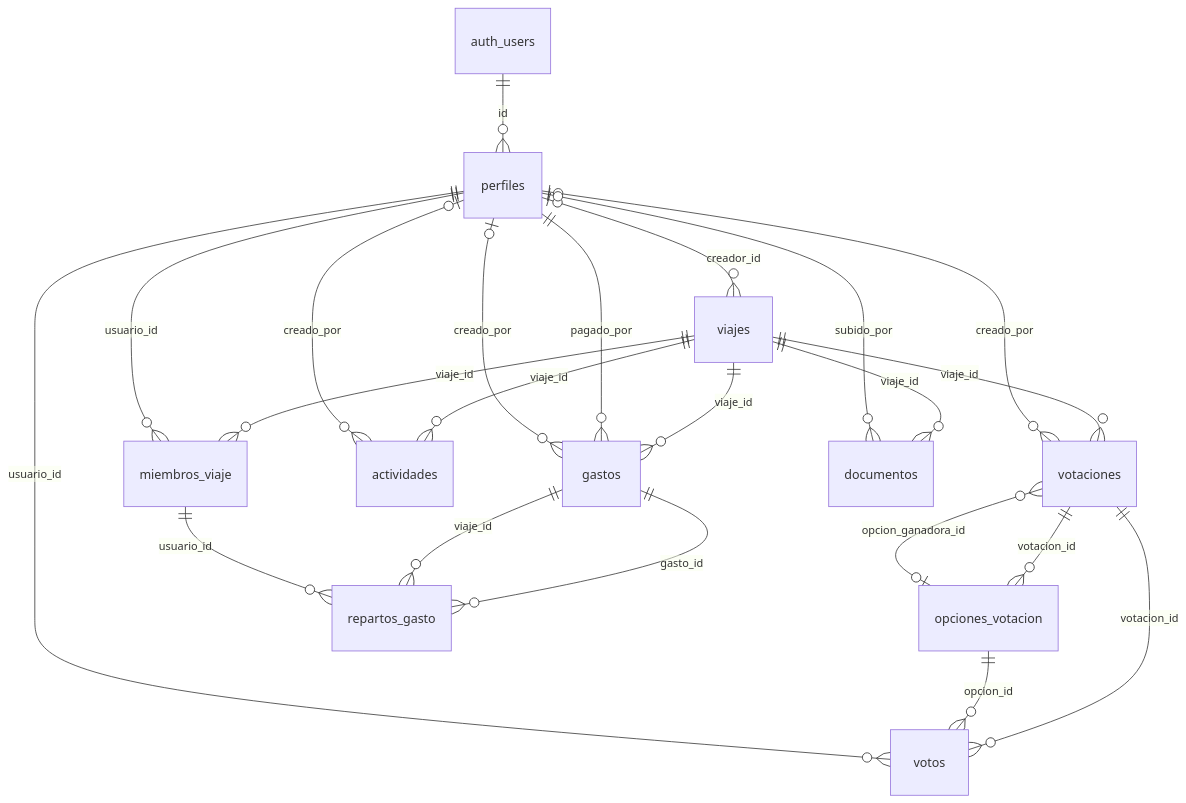
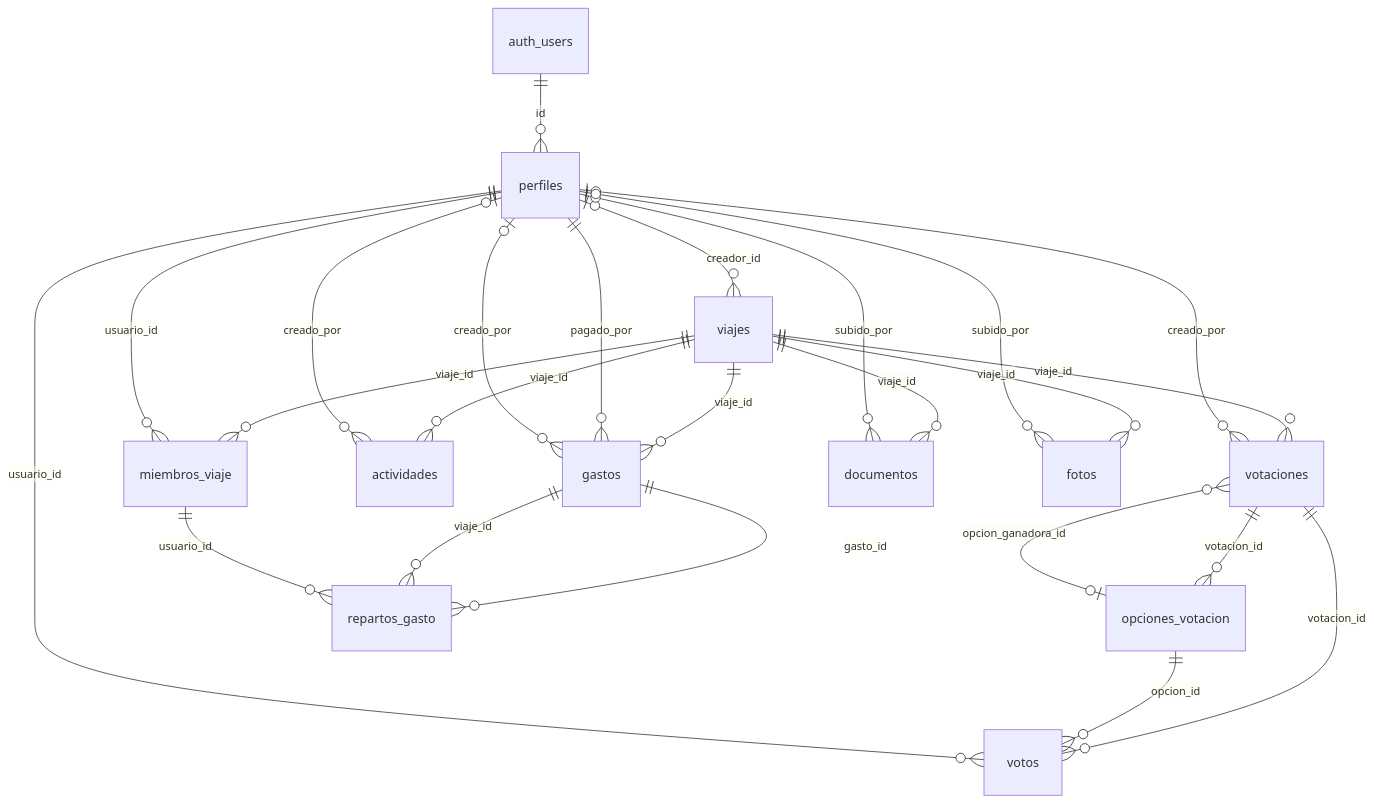
Before and after one commit to UNIZAR-30248-2026-TRAVELWRAP/Backend: the diagram in docs/BASE_DE_DATOS.md, drawn with Mermaid. The commit also changed other lines of this file and 8 other files, not shown here.

Commit message:
PB-42.1.2: bucket privado de fotos en Supabase Storage y GET/POST /viajes/:viajeId/fotos para la galería compartida

````diff
--- a/docs/BASE_DE_DATOS.md
+++ b/docs/BASE_DE_DATOS.md
@@ -24,24 +25,26 @@
 ```mermaid
 erDiagram
     auth_users ||--o{ perfiles : "id"
     perfiles |o--o{ viajes : "creador_id"
     viajes ||--o{ miembros_viaje : "viaje_id"
     perfiles ||--o{ miembros_viaje : "usuario_id"
     viajes ||--o{ votaciones : "viaje_id"
     opciones_votacion |o--o{ votaciones : "opcion_ganadora_id"
     perfiles |o--o{ votaciones : "creado_por"
     votaciones ||--o{ opciones_votacion : "votacion_id"
     votaciones ||--o{ votos : "votacion_id"
     opciones_votacion ||--o{ votos : "opcion_id"
     perfiles ||--o{ votos : "usuario_id"
     viajes ||--o{ actividades : "viaje_id"
     perfiles |o--o{ actividades : "creado_por"
     viajes ||--o{ gastos : "viaje_id"
     perfiles ||--o{ gastos : "pagado_por"
     perfiles |o--o{ gastos : "creado_por"
     gastos ||--o{ repartos_gasto : "gasto_id"
     gastos ||--o{ repartos_gasto : "viaje_id"
     miembros_viaje ||--o{ repartos_gasto : "usuario_id"
     viajes ||--o{ documentos : "viaje_id"
     perfiles |o--o{ documentos : "subido_por"
+    viajes ||--o{ fotos : "viaje_id"
+    perfiles |o--o{ fotos : "subido_por"
 ```
````
